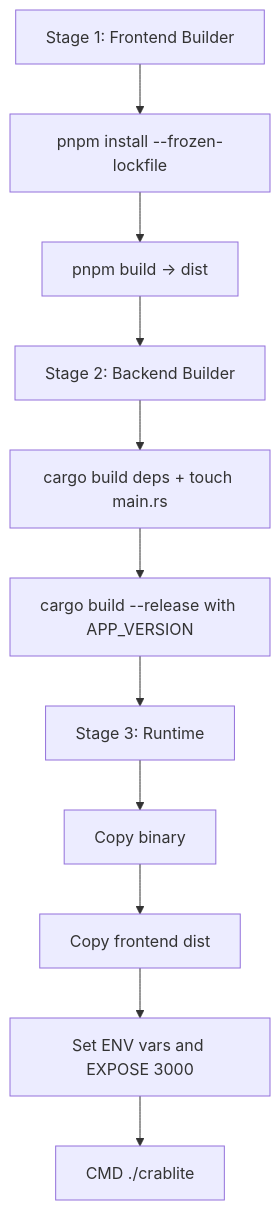
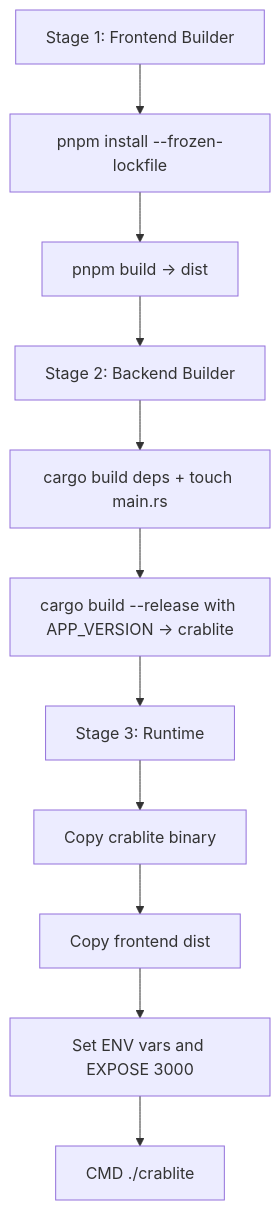
One commit to sutanto1010/crablite changed the ninth of 10 diagrams in .qoder/repowiki/en/content/Deployment & Operations/Release Process.md. Above: the diagram before and after it, drawn with Mermaid. The commit also changed other lines of this file and 30 other files, not shown here.

````diff
--- a/.qoder/repowiki/en/content/Deployment & Operations/Release Process.md
+++ b/.qoder/repowiki/en/content/Deployment & Operations/Release Process.md
@@ -289,13 +315,13 @@
 ```mermaid
 flowchart TD
 FStart["Stage 1: Frontend Builder"] --> FInstall["pnpm install --frozen-lockfile"]
 FInstall --> FBuild["pnpm build -> dist"]
 FBuild --> BStart["Stage 2: Backend Builder"]
 BStart --> BCargo["cargo build deps + touch main.rs"]
-BCargo --> BRelease["cargo build --release with APP_VERSION"]
+BCargo --> BRelease["cargo build --release with APP_VERSION -> crablite"]
 BRelease --> RStart["Stage 3: Runtime"]
-RStart --> CopyBin["Copy binary"]
+RStart --> CopyBin["Copy crablite binary"]
 CopyBin --> CopyFE["Copy frontend dist"]
 CopyFE --> Env["Set ENV vars and EXPOSE 3000"]
 Env --> CMD["CMD ./crablite"]
 ```
````
